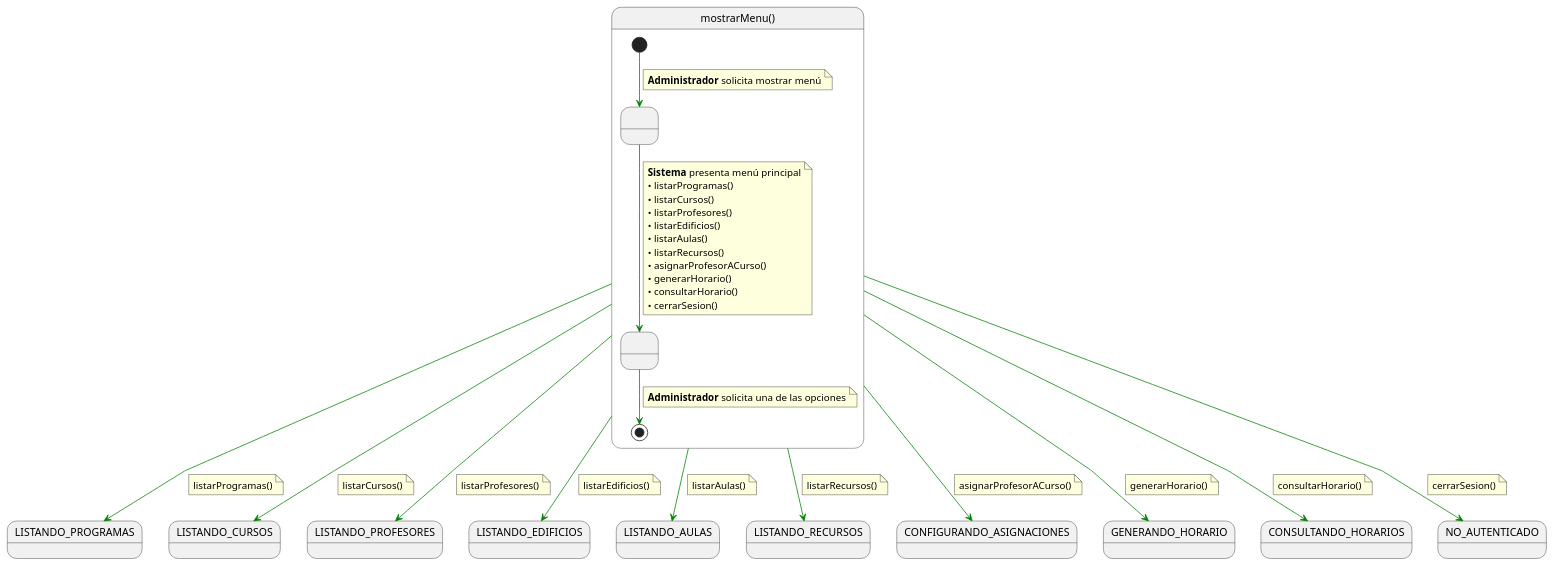
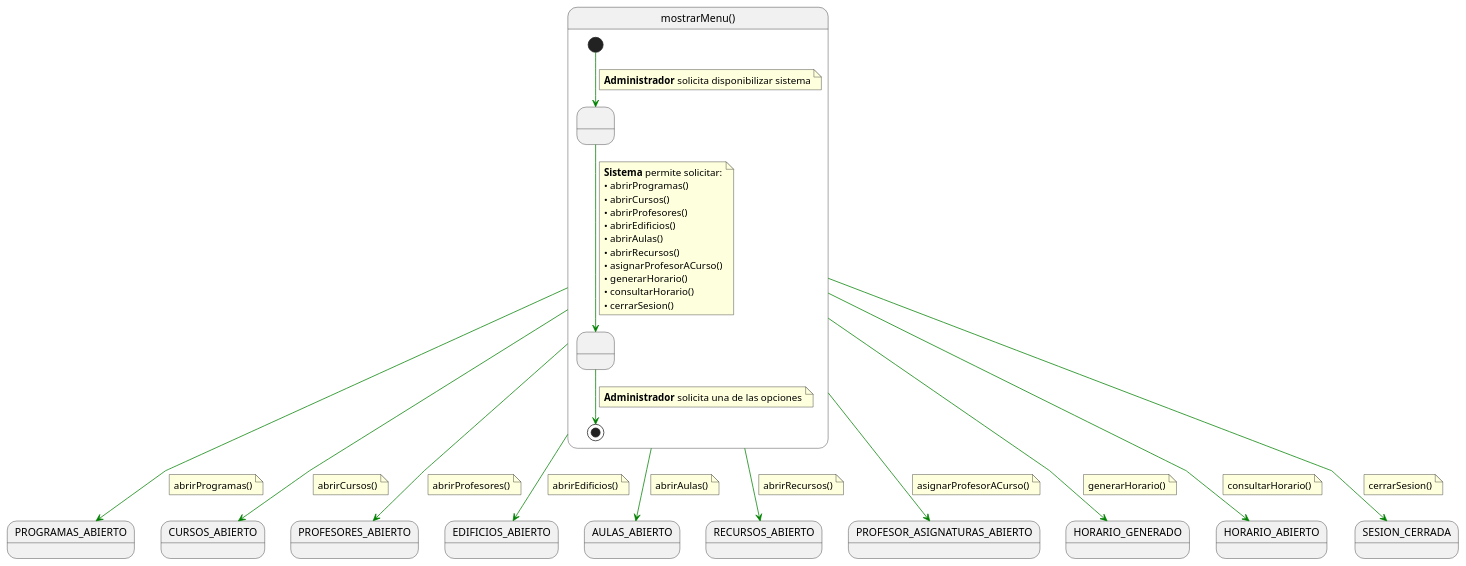
One commit to Hexcss/scheduler changed the diagram in RUP/00-casos-uso/02-detalle/mostrarMenu/especificacion.puml. Above: the diagram before and after it, drawn with PlantUML. The commit also changed 20 other files, not shown here.

```diff
--- a/RUP/00-casos-uso/02-detalle/mostrarMenu/especificacion.puml
+++ b/RUP/00-casos-uso/02-detalle/mostrarMenu/especificacion.puml
@@ -1,86 +1,86 @@
 @startuml mostrarMenu
 
 skinparam linetype polyline
 
 state mostrarMenu as "mostrarMenu()" {
 
     state " " as PresentandoMenu
     state " " as EsperandoSeleccion
 
     [*] -[#green]-> PresentandoMenu 
     note on link
-    <b>Administrador</b> solicita mostrar menú
+    <b>Administrador</b> solicita disponibilizar sistema
     end note    
     
     PresentandoMenu -[#green]-> EsperandoSeleccion
     note on link
-    <b>Sistema</b> presenta menú principal
-    • listarProgramas()
-    • listarCursos()
-    • listarProfesores()
-    • listarEdificios()
-    • listarAulas()
-    • listarRecursos()
+    <b>Sistema</b> permite solicitar:
+    • abrirProgramas()
+    • abrirCursos()
+    • abrirProfesores()
+    • abrirEdificios()
+    • abrirAulas()
+    • abrirRecursos()
     • asignarProfesorACurso()
     • generarHorario()
     • consultarHorario()
     • cerrarSesion()
     end note
     
     EsperandoSeleccion -[#green]-> [*]
     note on link
     <b>Administrador</b> solicita una de las opciones
     end note
 }
 
-mostrarMenu -[#green]-> LISTANDO_PROGRAMAS
+mostrarMenu -[#green]-> PROGRAMAS_ABIERTO
 note on link
-listarProgramas()
+abrirProgramas()
 end note
 
-mostrarMenu -[#green]-> LISTANDO_CURSOS
+mostrarMenu -[#green]-> CURSOS_ABIERTO
 note on link
-listarCursos()
+abrirCursos()
 end note
 
-mostrarMenu -[#green]-> LISTANDO_PROFESORES
+mostrarMenu -[#green]-> PROFESORES_ABIERTO
 note on link
-listarProfesores()
+abrirProfesores()
 end note
 
-mostrarMenu -[#green]-> LISTANDO_EDIFICIOS
+mostrarMenu -[#green]-> EDIFICIOS_ABIERTO
 note on link
-listarEdificios()
+abrirEdificios()
 end note
 
-mostrarMenu -[#green]-> LISTANDO_AULAS
+mostrarMenu -[#green]-> AULAS_ABIERTO
 note on link
-listarAulas()
+abrirAulas()
 end note
 
-mostrarMenu -[#green]-> LISTANDO_RECURSOS
+mostrarMenu -[#green]-> RECURSOS_ABIERTO
 note on link
-listarRecursos()
+abrirRecursos()
 end note
 
-mostrarMenu -[#green]-> CONFIGURANDO_ASIGNACIONES
+mostrarMenu -[#green]-> PROFESOR_ASIGNATURAS_ABIERTO
 note on link
 asignarProfesorACurso()
 end note
 
-mostrarMenu -[#green]-> GENERANDO_HORARIO
+mostrarMenu -[#green]-> HORARIO_GENERADO
 note on link
 generarHorario()
 end note
 
-mostrarMenu -[#green]-> CONSULTANDO_HORARIOS
+mostrarMenu -[#green]-> HORARIO_ABIERTO
 note on link
 consultarHorario()
 end note
 
-mostrarMenu -[#green]-> NO_AUTENTICADO
+mostrarMenu -[#green]-> SESION_CERRADA
 note on link
 cerrarSesion()
 end note
 
 @enduml
```
